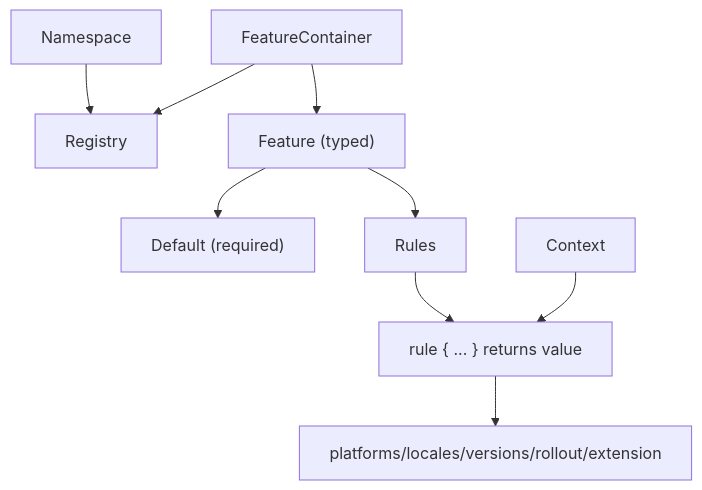
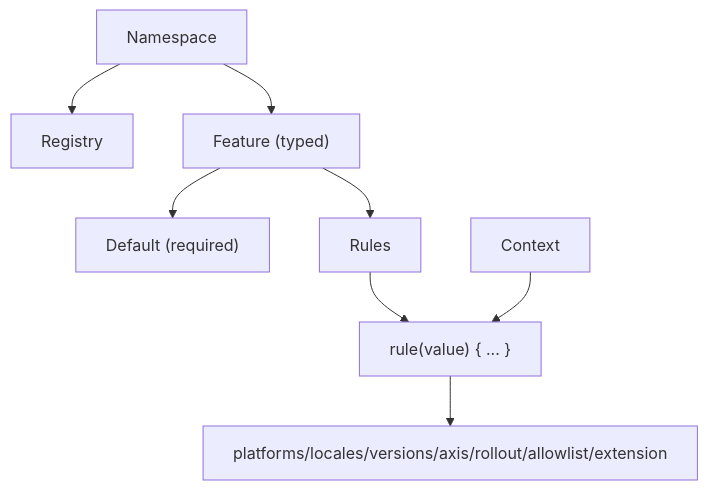
The second of 3 diagrams in .llm-docs/context/public-api-surface.md (amichne/konditional), drawn with Mermaid before and after one commit. The commit also changed other lines of this file and 77 other files, not shown here.

Commit message:
Inlined all functionality from FeatureContainer into Namespace, without losing anything, and improved API surface for consumers

````diff
--- a/.llm-docs/context/public-api-surface.md
+++ b/.llm-docs/context/public-api-surface.md
@@ -166,11 +183,10 @@
 ```mermaid
 flowchart TD
-  N["Namespace"] --> R["Registry"]
-  C["FeatureContainer"] --> R
-  C --> F["Feature (typed)"]
-  F --> D["Default (required)"]
-  F --> Rules["Rules"]
-  Rules --> Rule["rule { ... } returns value"]
-  Rule --> Criteria["platforms/locales/versions/rollout/extension"]
-  X["Context"] --> Rule
+    N["Namespace"] --> R["Registry"]
+    N --> F["Feature (typed)"]
+    F --> D["Default (required)"]
+    F --> Rules["Rules"]
+    Rules --> Rule["rule(value) { ... }"]
+    Rule --> Criteria["platforms/locales/versions/axis/rollout/allowlist/extension"]
+    X["Context"] --> Rule
 ```
````
